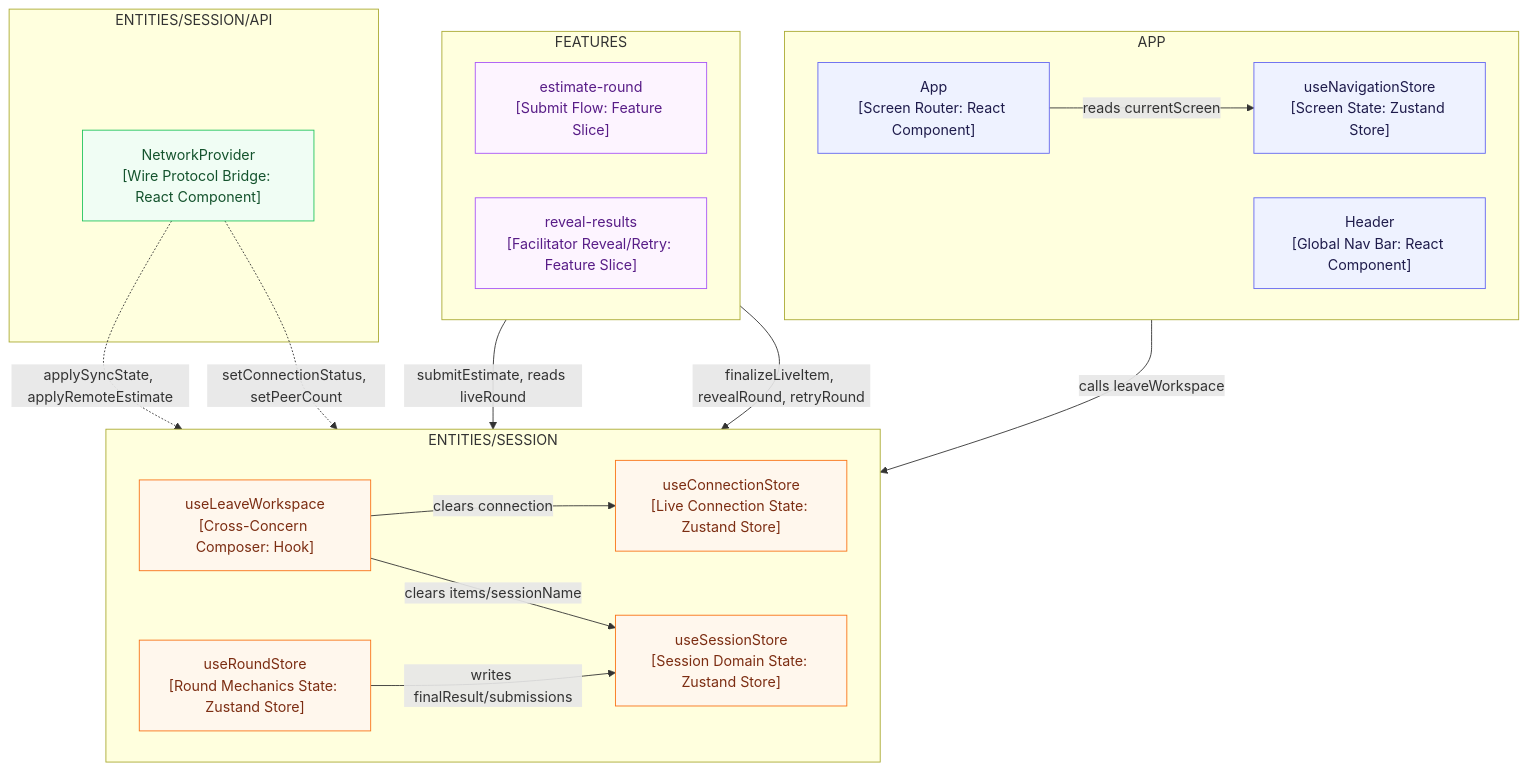
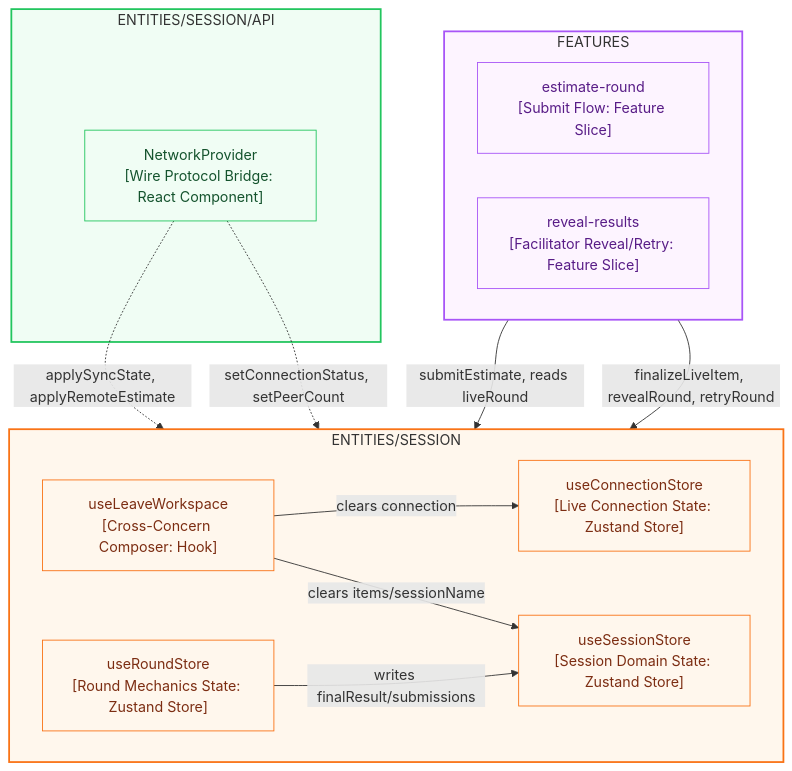
Before and after one commit to cfisch3r/estimate: the second of 3 diagrams in docs/adr/005-session-store-decomposition.md, drawn with Mermaid. The commit also changed other lines of this file and 4 other files, not shown here.

````diff
--- a/docs/adr/005-session-store-decomposition.md
+++ b/docs/adr/005-session-store-decomposition.md
@@ -148,58 +152,40 @@
 ```mermaid
 flowchart TB
-  subgraph APPL["APP"]
-    direction LR
-    AppShell["App
-[Screen Router: React Component]"]
-    Header["Header
-[Global Nav Bar: React Component]"]
-    NavStore["useNavigationStore
-[Screen State: Zustand Store]"]
-  end
-
   subgraph FEATURES["FEATURES"]
     direction LR
-    EstimateRound["estimate-round
-[Submit Flow: Feature Slice]"]
-    RevealResults["reveal-results
-[Facilitator Reveal/Retry: Feature Slice]"]
+    EstimateRound["estimate-round<br/>[Submit Flow: Feature Slice]"]
+    RevealResults["reveal-results<br/>[Facilitator Reveal/Retry: Feature Slice]"]
   end
 
   subgraph SESSION["ENTITIES/SESSION"]
     direction LR
-    SessionStore["useSessionStore
-[Session Domain State: Zustand Store]"]
-    ConnStore["useConnectionStore
-[Live Connection State: Zustand Store]"]
-    RoundStore["useRoundStore
-[Round Mechanics State: Zustand Store]"]
-    LeaveWorkspace["useLeaveWorkspace
-[Cross-Concern Composer: Hook]"]
+    SessionStore["useSessionStore<br/>[Session Domain State: Zustand Store]"]
+    ConnStore["useConnectionStore<br/>[Live Connection State: Zustand Store]"]
+    RoundStore["useRoundStore<br/>[Round Mechanics State: Zustand Store]"]
+    LeaveWorkspace["useLeaveWorkspace<br/>[Cross-Concern Composer: Hook]"]
   end
 
   subgraph NET["ENTITIES/SESSION/API"]
-    NetworkProvider["NetworkProvider
-[Wire Protocol Bridge: React Component]"]
+    NetworkProvider["NetworkProvider<br/>[Wire Protocol Bridge: React Component]"]
   end
 
-  AppShell -->|reads currentScreen| NavStore
-  Header -->|calls leaveWorkspace| LeaveWorkspace
   LeaveWorkspace -->|clears connection| ConnStore
   LeaveWorkspace -->|clears items/sessionName| SessionStore
 
   EstimateRound -->|submitEstimate, reads liveRound| RoundStore
   RevealResults -->|finalizeLiveItem, revealRound, retryRound| RoundStore
   RoundStore -->|writes finalResult/submissions| SessionStore
 
   NetworkProvider -.->|applySyncState, applyRemoteEstimate| RoundStore
   NetworkProvider -.->|setConnectionStatus, setPeerCount| ConnStore
 
-  classDef app fill:#eef2ff,stroke:#6366f1,color:#1e1b4b
   classDef features fill:#fdf4ff,stroke:#a855f7,color:#581c87
   classDef session fill:#fff7ed,stroke:#f97316,color:#7c2d12
   classDef net fill:#f0fdf4,stroke:#22c55e,color:#14532d
-  class AppShell,Header,NavStore app
   class EstimateRound,RevealResults features
   class SessionStore,ConnStore,RoundStore,LeaveWorkspace session
   class NetworkProvider net
+  style FEATURES fill:#fdf4ff,stroke:#a855f7,stroke-width:2px
+  style SESSION fill:#fff7ed,stroke:#f97316,stroke-width:2px
+  style NET fill:#f0fdf4,stroke:#22c55e,stroke-width:2px
 ```
````
